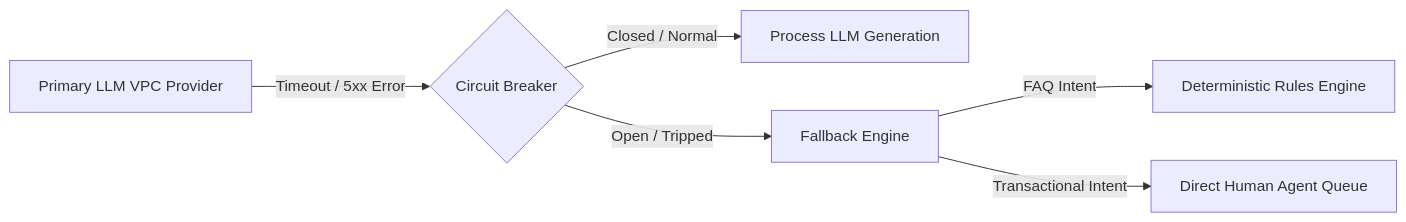
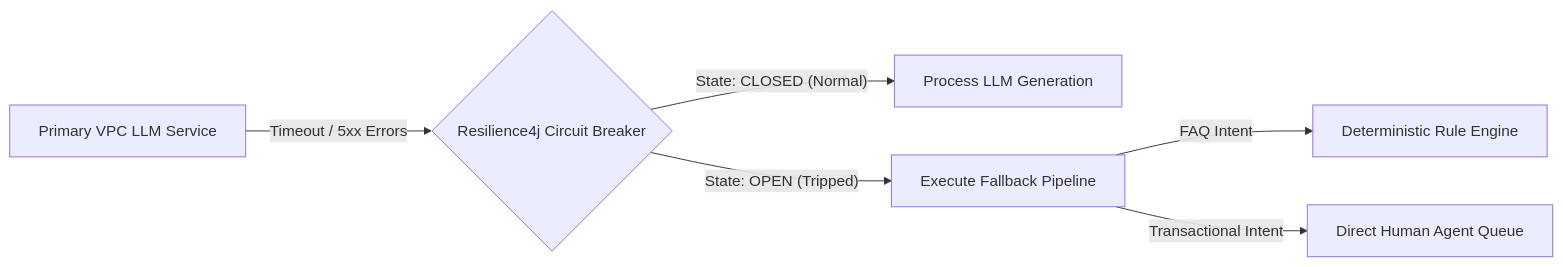
One commit to builtbycode/interview_prep changed diagram 11 of 11 in GenAI/Design/banking-conversational-assistant-hld-lld-gemini.md. Above: the diagram before and after it, drawn with Mermaid. The commit also changed other lines of this file, not shown here.

````diff
--- a/GenAI/Design/banking-conversational-assistant-hld-lld-gemini.md
+++ b/GenAI/Design/banking-conversational-assistant-hld-lld-gemini.md
@@ -684,8 +747,9 @@
 ```mermaid
 flowchart LR
-    A[Primary LLM VPC Provider] -->|Timeout / 5xx Error| B{Circuit Breaker}
-    B -->|Closed / Normal| C[Process LLM Generation]
-    B -->|Open / Tripped| D[Fallback Engine]
-    D -->|FAQ Intent| E[Deterministic Rules Engine]
-    D -->|Transactional Intent| F[Direct Human Agent Queue]
+    A["Primary VPC LLM Service"] -->|Timeout / 5xx Errors| B{"Resilience4j Circuit Breaker"}
+    B -->|"State: CLOSED (Normal)"| C["Process LLM Generation"]
+    B -->|"State: OPEN (Tripped)"| D["Execute Fallback Pipeline"]
+    
+    D -->|"FAQ Intent"| E["Deterministic Rule Engine"]
+    D -->|"Transactional Intent"| F["Direct Human Agent Queue"]
 ```
````
